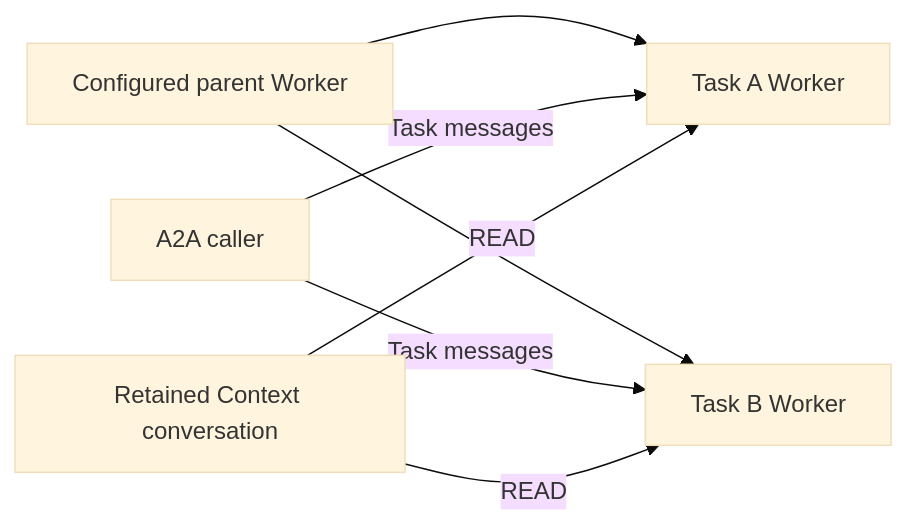
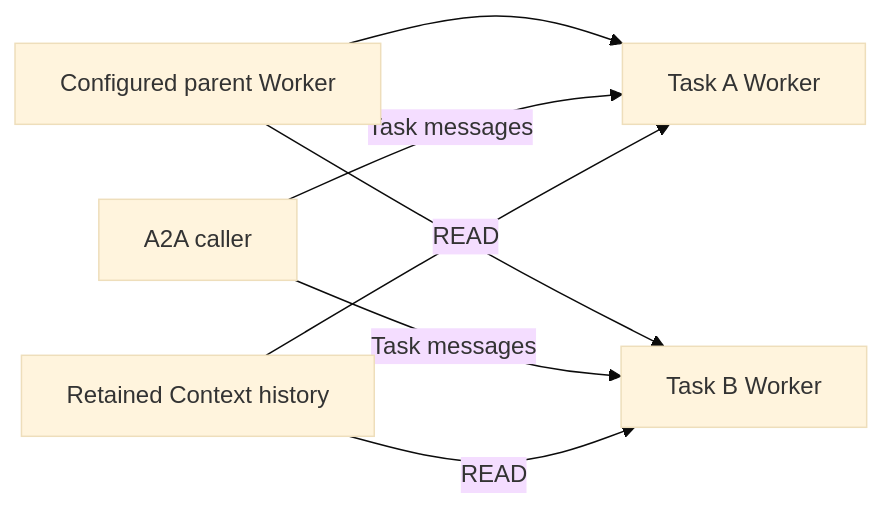
The diagram in plurnk-a2a/SPEC.md (plurnk/plurnk-service), drawn with Mermaid (base theme) before and after one commit. The commit also changed other lines of this file and 208 other files, not shown here.

````diff
--- a/plurnk-a2a/SPEC.md
+++ b/plurnk-a2a/SPEC.md
@@ -78,9 +78,9 @@
 ```mermaid
 flowchart LR
     Parent["Configured parent Worker"] --> Task1["Task A Worker"]
     Parent --> Task2["Task B Worker"]
     Caller["A2A caller"] -->|Task messages| Task1
     Caller -->|Task messages| Task2
-    History["Retained Context conversation"] -->|READ| Task1
+    History["Retained Context history"] -->|READ| Task1
     History -->|READ| Task2
 ```
````
